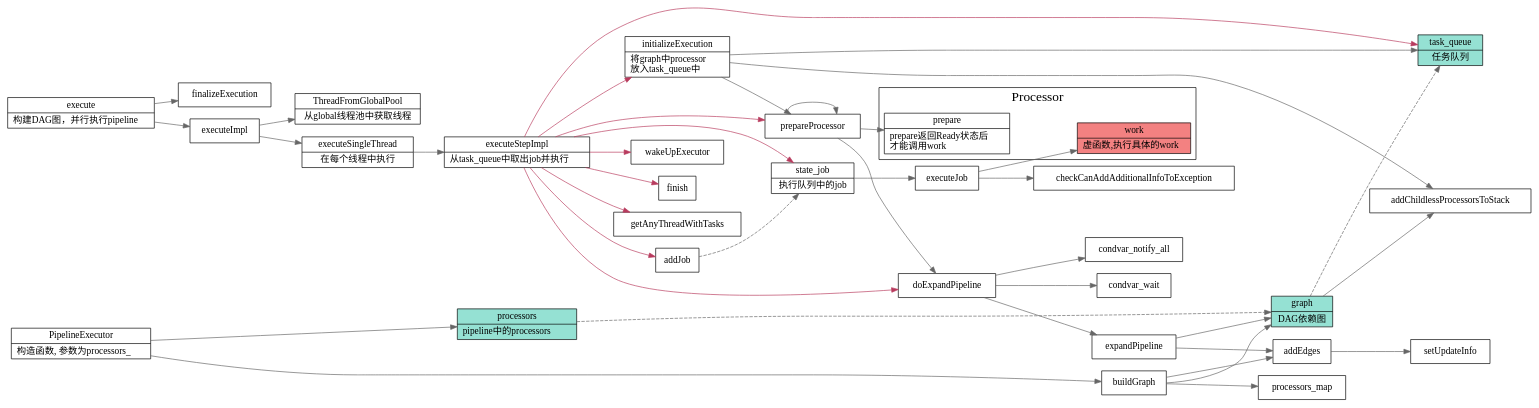
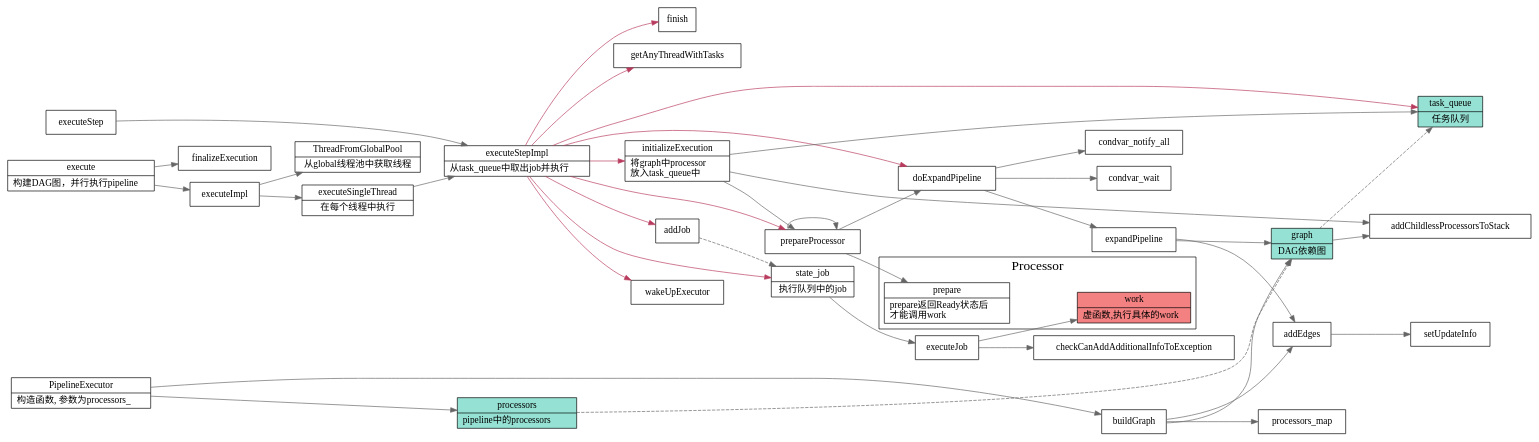
The diagram in src/clickhouse/dot/pipeline-executor.dot (xieyu/blog), drawn with Graphviz before and after one commit. The commit also changed 6 other files, not shown here.

```diff
--- a/src/clickhouse/dot/pipeline-executor.dot
+++ b/src/clickhouse/dot/pipeline-executor.dot
@@ -1,171 +1,177 @@
 digraph pipeline_executor {
   node[shape=box];
   edge[color=gray40];
   newrank=true;
   rankdir=LR;
   PipelineExecutor;
   execute[
     shape="record";
     label="{{
       execute|
       构建DAG图，并行执行pipeline\l
     }}";
   ];
   execute -> {
     executeImpl;
     finalizeExecution;
   }
   executeImpl -> {
     executeSingleThread;
     ThreadFromGlobalPool;
   }
   ThreadFromGlobalPool[
     shape="record";
     label="{{
       ThreadFromGlobalPool|
       从global线程池中获取线程
     }}";
   ];
   executeSingleThread[
     shape="record";
     label="{{
       executeSingleThread|
       在每个线程中执行
     }}";
   ];
   executeSingleThread -> {
     executeStepImpl;
   }
   depgraph[
     shape="record";
     fillcolor="#95e1d3"
     style=filled;
     label="{{
       graph|
       DAG依赖图
     }}";
   ];
   task_queue[
     shape="record";
     fillcolor="#95e1d3"
     style=filled;
     label="{{
       task_queue|
       任务队列
     }}";
   ];
   processors[
     shape="record";
     fillcolor="#95e1d3"
     style=filled;
     label="{{
       processors|
       pipeline中的processors\l
     }}";
   ];
   state_job[
     shape="record";
     label="{{
       state_job|
       执行队列中的job
     }}";
   ];
   executeStepImpl[
     shape="record";
     label="{{
       executeStepImpl|
       从task_queue中取出job并执行\l
     }}";
   ];
+  executeStep -> executeStepImpl;
   executeStepImpl -> {
     task_queue;
     wakeUpExecutor;
     finish;
     addJob;
     state_job;
     doExpandPipeline;
     prepareProcessor;
     getAnyThreadWithTasks;
     initializeExecution;
   }[color="#b83b5e"];
 
   addJob -> state_job[style=dashed];
   state_job -> executeJob;
   executeJob -> {
     processor_work;
     checkCanAddAdditionalInfoToException;
   }
 
   subgraph cluster_Processor {
     graph[label="Processor";fontsize=20;];
     processor_work[
       shape="record";
       fillcolor="#f38181";
       style=filled;
       label="{{
         work|
         虚函数,执行具体的work\l
       }}";
     ];
     processor_prepare[
       shape="record";
       label="{{
         prepare|
         prepare返回Ready状态后\l 
         才能调用work\l
       }}";
     ];
   }
 
   initializeExecution[
     shape="record";
     label="{{
       initializeExecution|
       将graph中processor\l
       放入task_queue中\l
     }}";
   ];
 
   initializeExecution -> {
     task_queue;
     addChildlessProcessorsToStack;
     prepareProcessor;
   }
   prepareProcessor -> {
     doExpandPipeline
     prepareProcessor;
     processor_prepare;
   };
   //addChildlessProcessorsToStack -> processors;
   PipelineExecutor[
     shape="record";
     label="{{
       PipelineExecutor|
       构造函数, 参数为processors_\l
     }}";
   ];
   doExpandPipeline -> {
     expandPipeline;
     condvar_wait;
     condvar_notify_all;
   }
   expandPipeline -> {
     depgraph;
     addEdges;
   }
 
   PipelineExecutor -> {
     processors;
     buildGraph;
   }
   buildGraph -> {
     processors_map;
     depgraph;
     addEdges;
   }
   addEdges -> setUpdateInfo;
   depgraph -> addChildlessProcessorsToStack;
   processors -> depgraph[style=dashed];
   depgraph -> task_queue[style=dashed];
-  {rank=same;execute;PipelineExecutor};
+  {
+    rank=same;
+    execute;
+    PipelineExecutor;
+    executeStep;
+  };
 }
```
